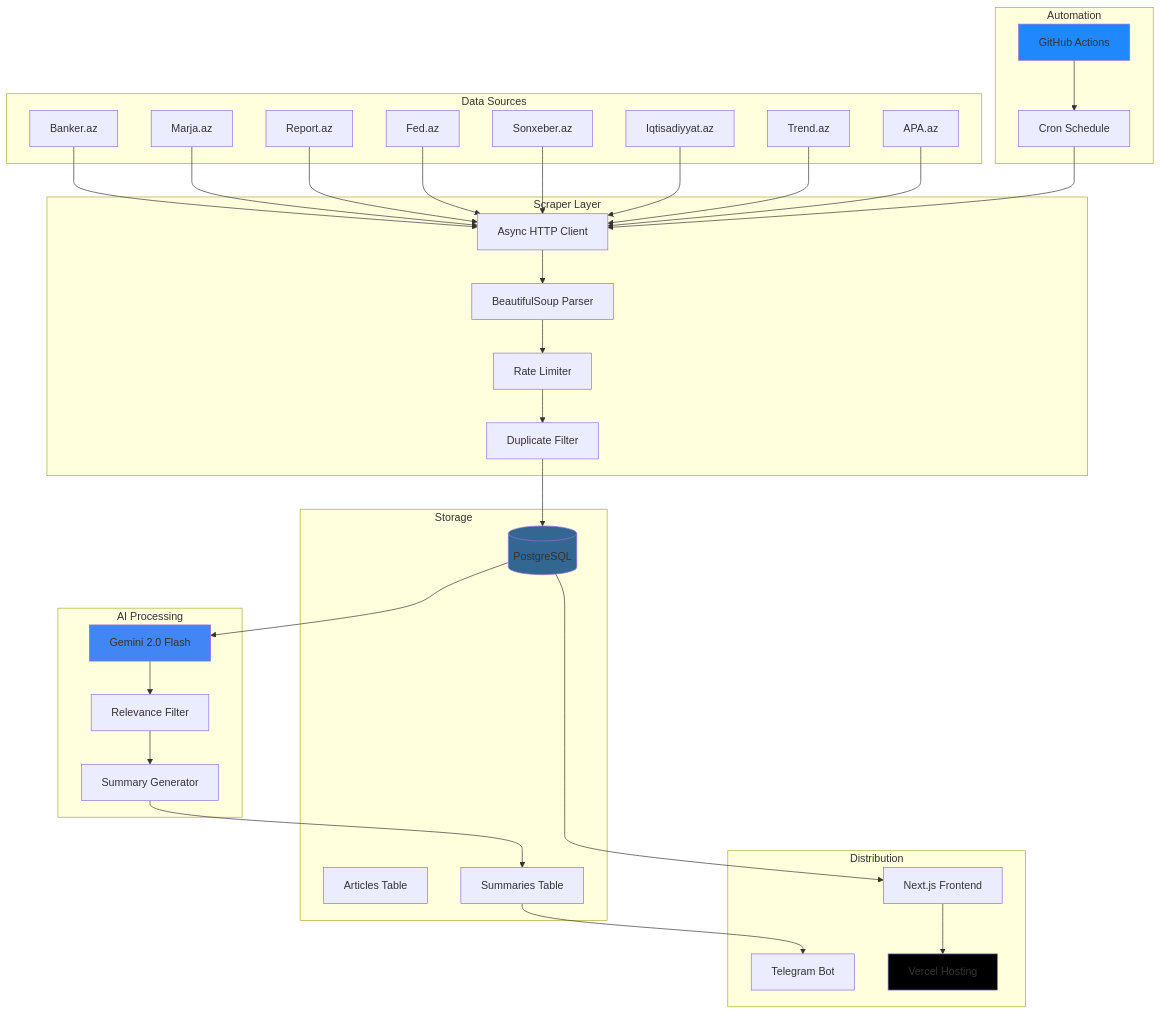
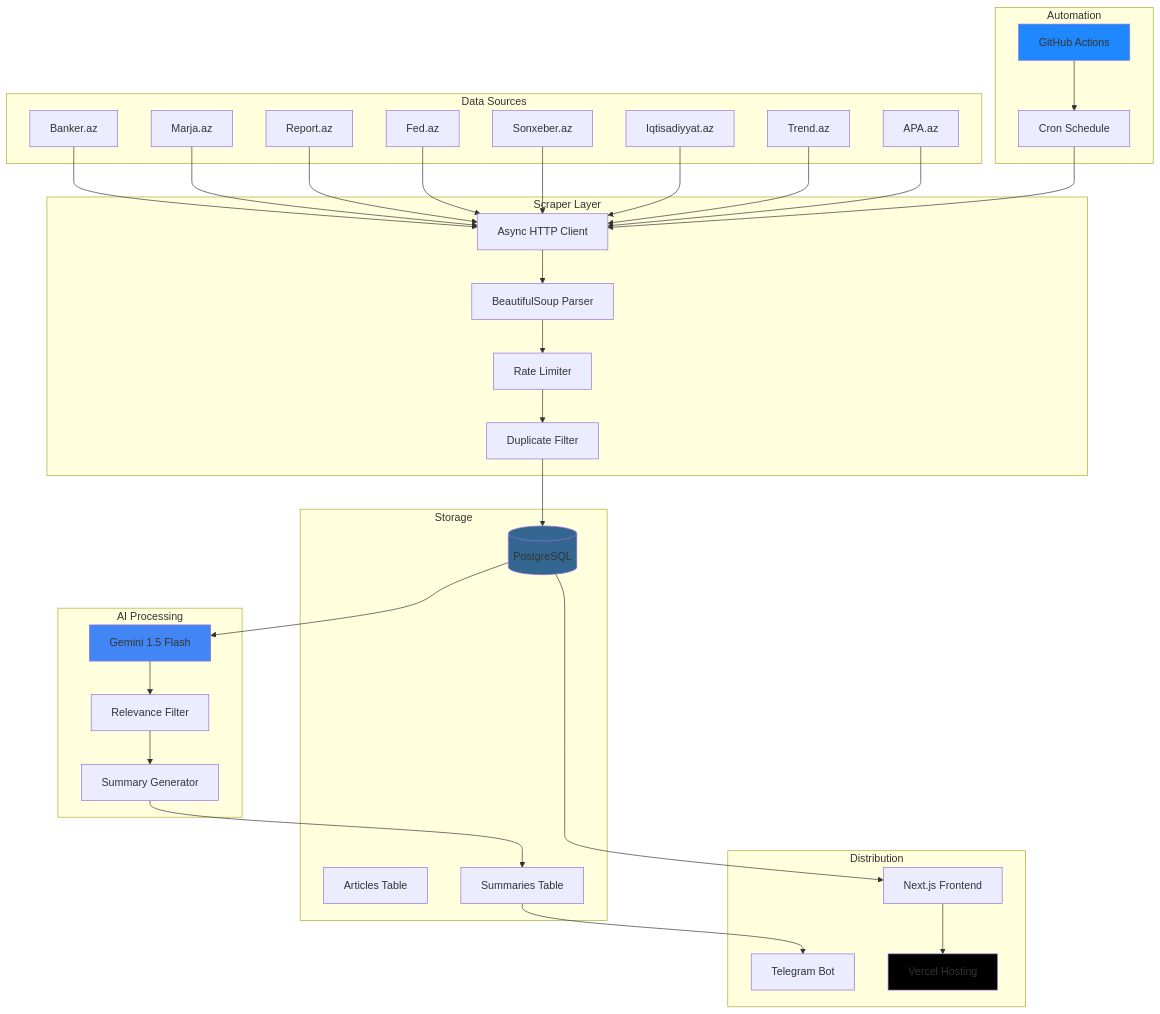
One commit to Ismat-Samadov/news_summarizer changed the first of 5 diagrams in README.md. Above: the diagram before and after it, drawn with Mermaid. The commit also changed other lines of this file and 1 other file, not shown here.

````diff
--- a/README.md
+++ b/README.md
@@ -38,63 +38,63 @@
 ```mermaid
 graph TB
     subgraph "Data Sources"
         A1[Banker.az]
         A2[Marja.az]
         A3[Report.az]
         A4[Fed.az]
         A5[Sonxeber.az]
         A6[Iqtisadiyyat.az]
         A7[Trend.az]
         A8[APA.az]
     end
 
     subgraph "Scraper Layer"
         B1[Async HTTP Client]
         B2[BeautifulSoup Parser]
         B3[Rate Limiter]
         B4[Duplicate Filter]
     end
 
     subgraph "AI Processing"
-        C1[Gemini 2.0 Flash]
+        C1[Gemini 1.5 Flash]
         C2[Relevance Filter]
         C3[Summary Generator]
     end
 
     subgraph "Storage"
         D1[(PostgreSQL)]
         D2[Articles Table]
         D3[Summaries Table]
     end
 
     subgraph "Distribution"
         E1[Telegram Bot]
         E2[Next.js Frontend]
         E3[Vercel Hosting]
     end
 
     subgraph "Automation"
         F1[GitHub Actions]
         F2[Cron Schedule]
     end
 
     A1 & A2 & A3 & A4 & A5 & A6 & A7 & A8 --> B1
     B1 --> B2
     B2 --> B3
     B3 --> B4
     B4 --> D1
     D1 --> C1
     C1 --> C2
     C2 --> C3
     C3 --> D3
     D3 --> E1
     D1 --> E2
     E2 --> E3
     F1 --> F2
     F2 --> B1
 
     style C1 fill:#4285f4
     style D1 fill:#336791
     style E3 fill:#000000
     style F1 fill:#2088ff
 ```
````
